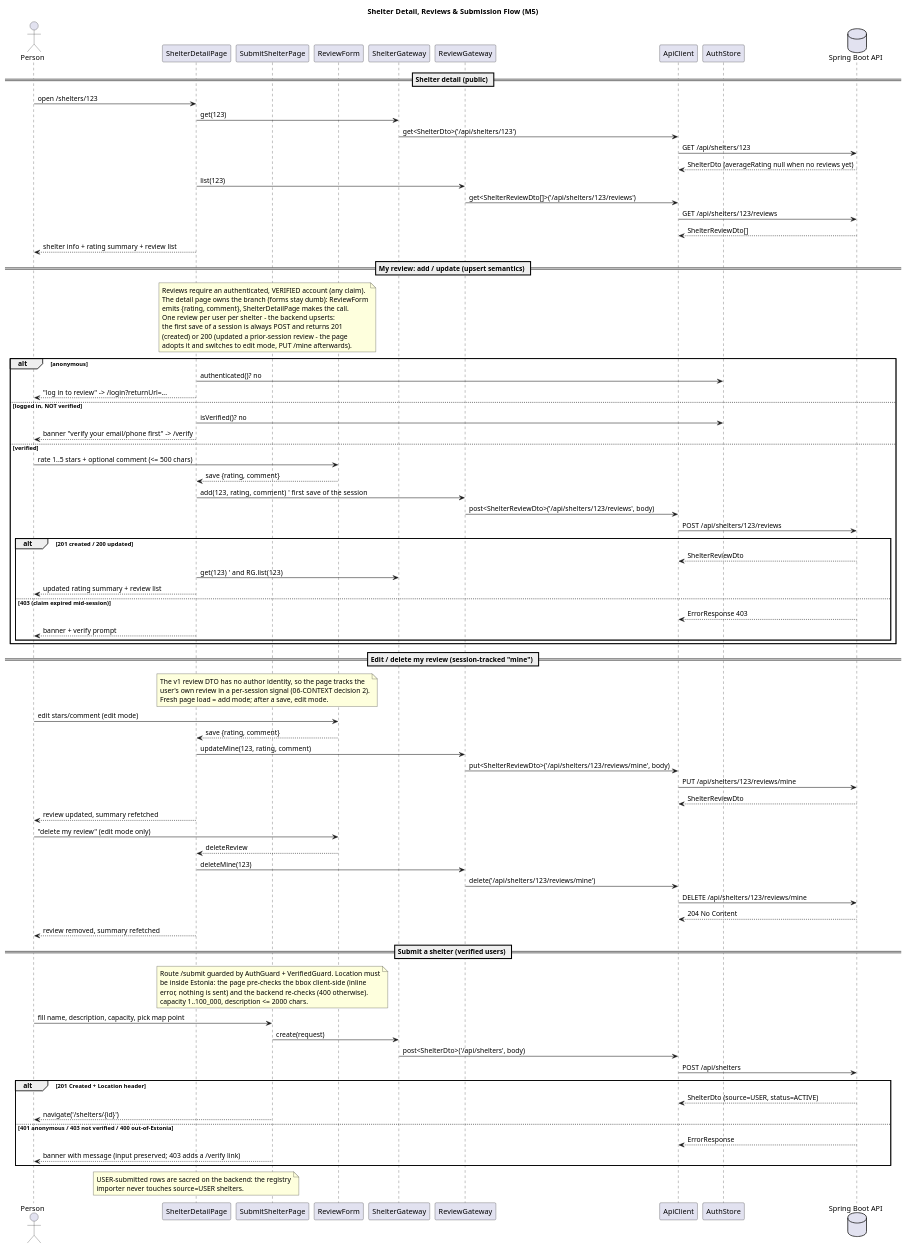
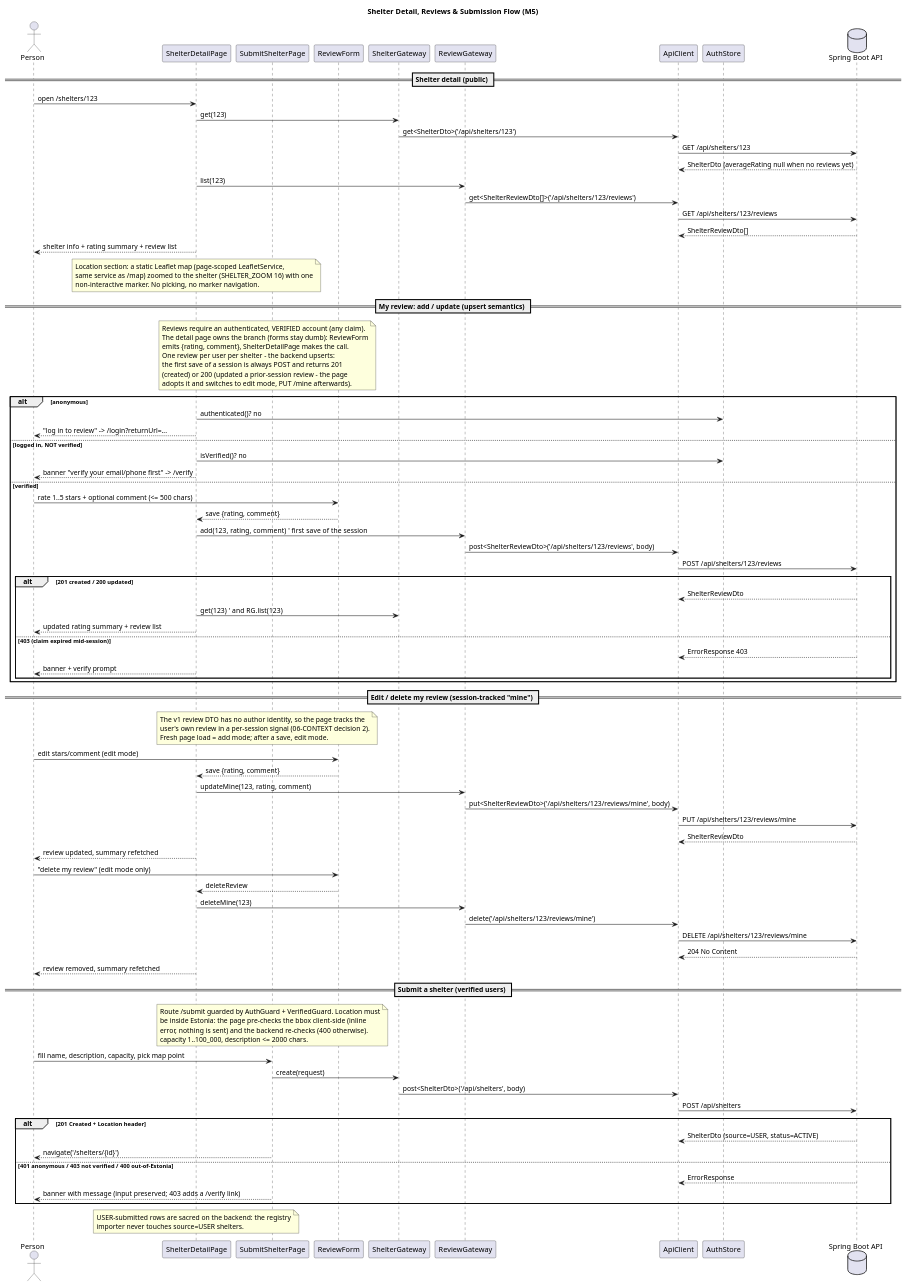
The diagram in frontend/docs/05-shelter-review-flow.puml (Bro223/OpenShelter), drawn with PlantUML before and after one commit. The commit also changed 21 other files, not shown here.

```diff
--- a/frontend/docs/05-shelter-review-flow.puml
+++ b/frontend/docs/05-shelter-review-flow.puml
@@ -1,104 +1,109 @@
 @startuml
 title Shelter Detail, Reviews & Submission Flow (M5)
 
 actor Person
 
 participant "ShelterDetailPage" as DP
 participant "SubmitShelterPage" as SP
 participant "ReviewForm" as RF
 participant "ShelterGateway" as SHG
 participant "ReviewGateway" as RG
 participant "ApiClient" as AC
 participant "AuthStore" as AS
 database "Spring Boot API" as API
 
 == Shelter detail (public) ==
 Person -> DP : open /shelters/123
 DP -> SHG : get(123)
 SHG -> AC : get<ShelterDto>('/api/shelters/123')
 AC -> API : GET /api/shelters/123
 API --> AC : ShelterDto (averageRating null when no reviews yet)
 DP -> RG : list(123)
 RG -> AC : get<ShelterReviewDto[]>('/api/shelters/123/reviews')
 AC -> API : GET /api/shelters/123/reviews
 API --> AC : ShelterReviewDto[]
 DP --> Person : shelter info + rating summary + review list
+note over DP
+  Location section: a static Leaflet map (page-scoped LeafletService,
+  same service as /map) zoomed to the shelter (SHELTER_ZOOM 16) with one
+  non-interactive marker. No picking, no marker navigation.
+end note
 
 == My review: add / update (upsert semantics) ==
 note over DP, RF
   Reviews require an authenticated, VERIFIED account (any claim).
   The detail page owns the branch (forms stay dumb): ReviewForm
   emits {rating, comment}, ShelterDetailPage makes the call.
   One review per user per shelter - the backend upserts:
   the first save of a session is always POST and returns 201
   (created) or 200 (updated a prior-session review - the page
   adopts it and switches to edit mode, PUT /mine afterwards).
 end note
 alt anonymous
   DP -> AS : authenticated()? no
   DP --> Person : "log in to review" -> /login?returnUrl=...
 else logged in, NOT verified
   DP -> AS : isVerified()? no
   DP --> Person : banner "verify your email/phone first" -> /verify
 else verified
   Person -> RF : rate 1..5 stars + optional comment (<= 500 chars)
   RF --> DP : save {rating, comment}
   DP -> RG : add(123, rating, comment)   ' first save of the session
   RG -> AC : post<ShelterReviewDto>('/api/shelters/123/reviews', body)
   AC -> API : POST /api/shelters/123/reviews
   alt 201 created / 200 updated
     API --> AC : ShelterReviewDto
     DP -> SHG : get(123)  ' and RG.list(123)
     DP --> Person : updated rating summary + review list
   else 403 (claim expired mid-session)
     API --> AC : ErrorResponse 403
     DP --> Person : banner + verify prompt
   end
 end
 
 == Edit / delete my review (session-tracked "mine") ==
 note over DP, RF
   The v1 review DTO has no author identity, so the page tracks the
   user's own review in a per-session signal (06-CONTEXT decision 2).
   Fresh page load = add mode; after a save, edit mode.
 end note
 Person -> RF : edit stars/comment (edit mode)
 RF --> DP : save {rating, comment}
 DP -> RG : updateMine(123, rating, comment)
 RG -> AC : put<ShelterReviewDto>('/api/shelters/123/reviews/mine', body)
 AC -> API : PUT /api/shelters/123/reviews/mine
 API --> AC : ShelterReviewDto
 DP --> Person : review updated, summary refetched
 
 Person -> RF : "delete my review" (edit mode only)
 RF --> DP : deleteReview
 DP -> RG : deleteMine(123)
 RG -> AC : delete('/api/shelters/123/reviews/mine')
 AC -> API : DELETE /api/shelters/123/reviews/mine
 API --> AC : 204 No Content
 DP --> Person : review removed, summary refetched
 
 == Submit a shelter (verified users) ==
 note over SP
   Route /submit guarded by AuthGuard + VerifiedGuard. Location must
   be inside Estonia: the page pre-checks the bbox client-side (inline
   error, nothing is sent) and the backend re-checks (400 otherwise).
   capacity 1..100_000, description <= 2000 chars.
 end note
 Person -> SP : fill name, description, capacity, pick map point
 SP -> SHG : create(request)
 SHG -> AC : post<ShelterDto>('/api/shelters', body)
 AC -> API : POST /api/shelters
 alt 201 Created + Location header
   API --> AC : ShelterDto (source=USER, status=ACTIVE)
   SP --> Person : navigate('/shelters/{id}')
 else 401 anonymous / 403 not verified / 400 out-of-Estonia
   API --> AC : ErrorResponse
   SP --> Person : banner with message (input preserved; 403 adds a /verify link)
 end
 
 note over DP
   USER-submitted rows are sacred on the backend: the registry
   importer never touches source=USER shelters.
 end note
 @enduml
```
